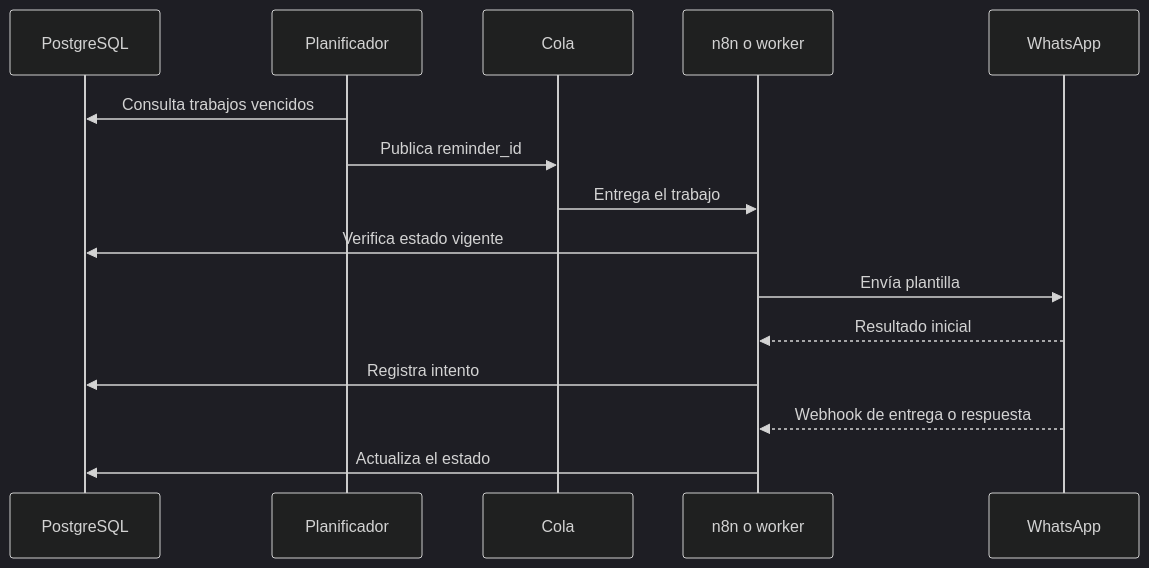
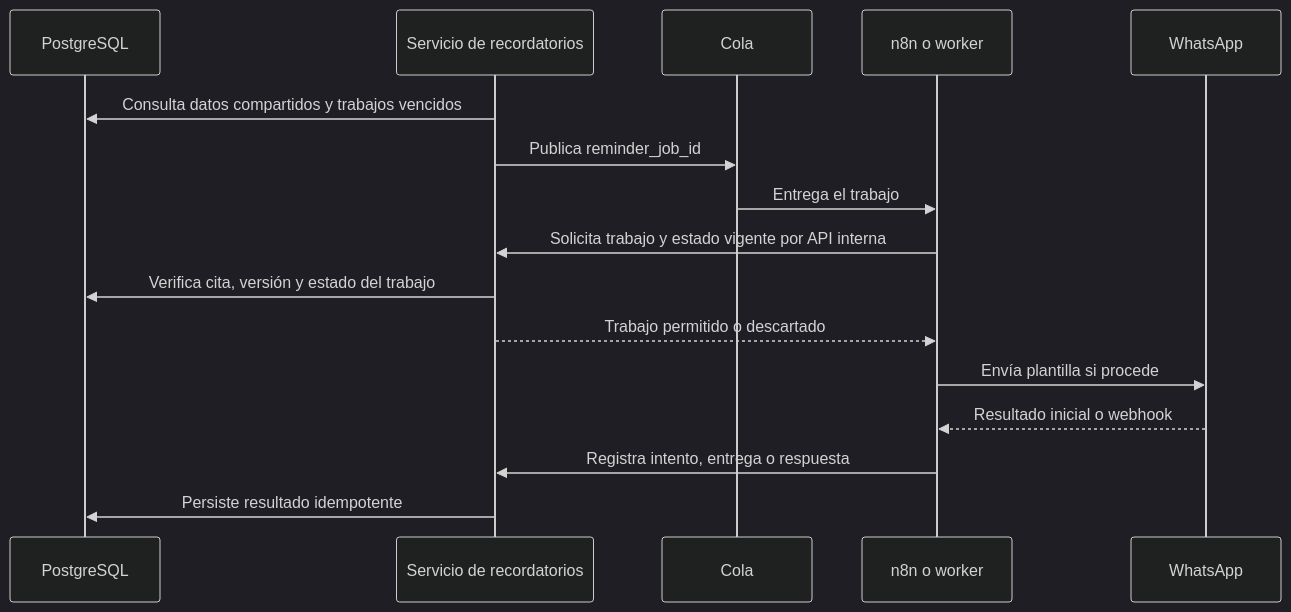
One commit to odiseo0/nightingale changed the fifth of 6 diagrams in docs/technical-architecture.md. Above: the diagram before and after it, drawn with Mermaid (dark theme). The commit also changed other lines of this file and 14 other files, not shown here.

````diff
--- a/docs/technical-architecture.md
+++ b/docs/technical-architecture.md
@@ -576,17 +595,18 @@
 ```mermaid
 sequenceDiagram
     participant P as PostgreSQL
-    participant S as Planificador
+    participant S as Servicio de recordatorios
     participant Q as Cola
     participant N as n8n o worker
     participant W as WhatsApp
-    S->>P: Consulta trabajos vencidos
-    S->>Q: Publica reminder_id
+    S->>P: Consulta datos compartidos y trabajos vencidos
+    S->>Q: Publica reminder_job_id
     Q->>N: Entrega el trabajo
-    N->>P: Verifica estado vigente
-    N->>W: Envía plantilla
-    W-->>N: Resultado inicial
-    N->>P: Registra intento
-    W-->>N: Webhook de entrega o respuesta
-    N->>P: Actualiza el estado
+    N->>S: Solicita trabajo y estado vigente por API interna
+    S->>P: Verifica cita, versión y estado del trabajo
+    S-->>N: Trabajo permitido o descartado
+    N->>W: Envía plantilla si procede
+    W-->>N: Resultado inicial o webhook
+    N->>S: Registra intento, entrega o respuesta
+    S->>P: Persiste resultado idempotente
 ```
````
